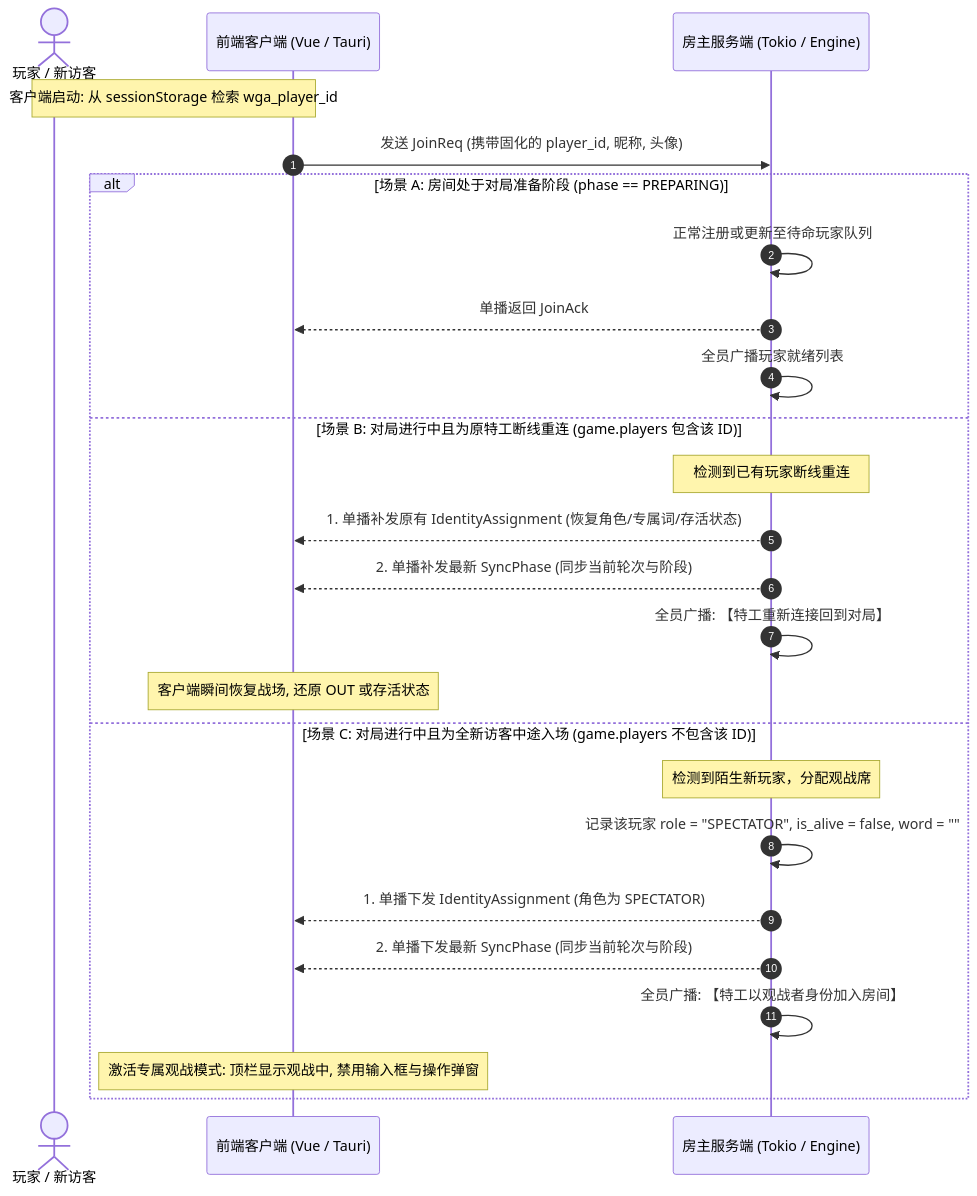
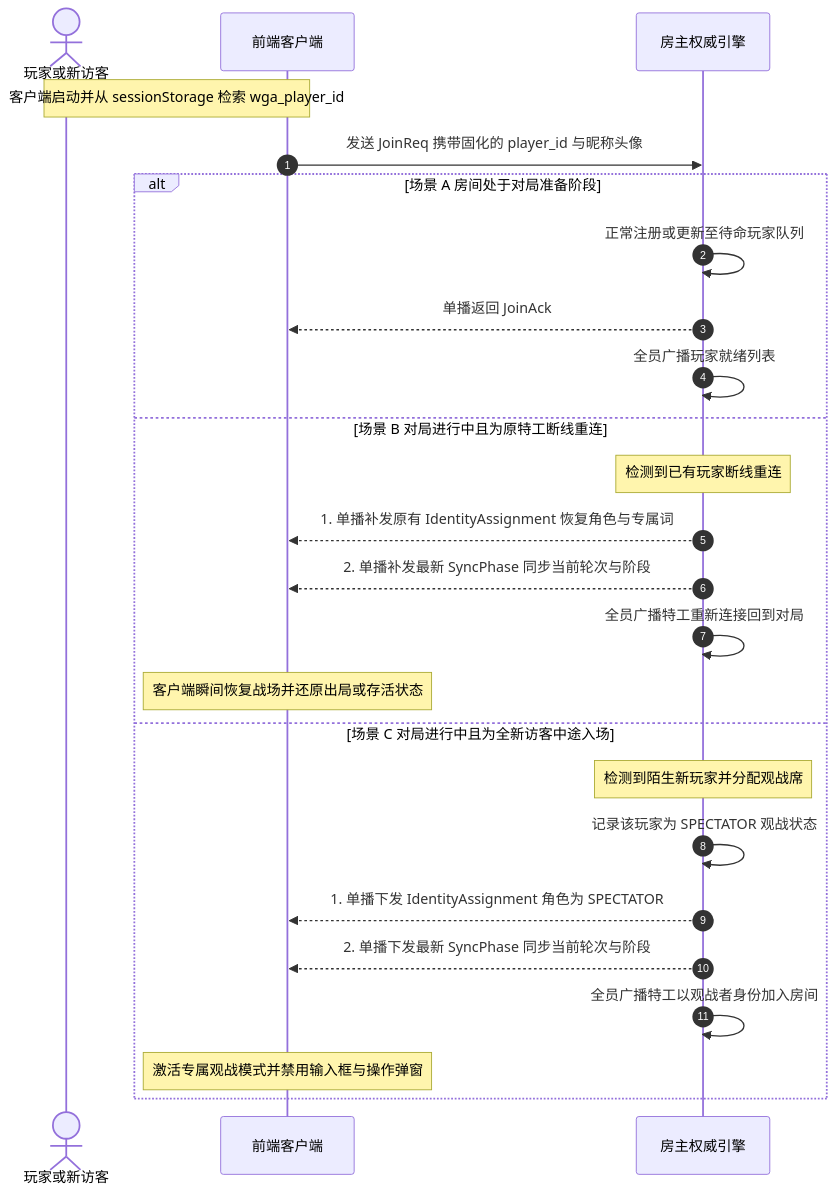
One commit to TfiyuenLau/Word-Guess-Assistant changed the second of 4 diagrams in README.md. Above: the diagram before and after it, drawn with Mermaid. The commit also changed other lines of this file and 4 other files, not shown here.

Commit message:
fix(ci,docs): fix protoc & android SDK setup in GitHub Actions and clean up README mermaid diagrams

````diff
--- a/README.md
+++ b/README.md
@@ -259,29 +259,29 @@
 ```mermaid
 sequenceDiagram
     autonumber
-    actor Player as 玩家 / 新访客
-    participant Web as 前端客户端 (Vue / Tauri)
-    participant Host as 房主服务端 (Tokio / Engine)
+    actor Player as 玩家或新访客
+    participant Web as 前端客户端
+    participant Host as 房主权威引擎
 
-    Note over Player, Web: 客户端启动: 从 sessionStorage 检索 wga_player_id
-    Web->>Host: 发送 JoinReq (携带固化的 player_id, 昵称, 头像)
-  
-    alt 场景 A: 房间处于对局准备阶段 (phase == PREPARING)
+    Note over Player, Web: 客户端启动并从 sessionStorage 检索 wga_player_id
+    Web->>Host: 发送 JoinReq 携带固化的 player_id 与昵称头像
+
+    alt 场景 A 房间处于对局准备阶段
         Host->>Host: 正常注册或更新至待命玩家队列
         Host-->>Web: 单播返回 JoinAck
         Host->>Host: 全员广播玩家就绪列表
-    else 场景 B: 对局进行中且为原特工断线重连 (game.players 包含该 ID)
+    else 场景 B 对局进行中且为原特工断线重连
         Note over Host: 检测到已有玩家断线重连
-        Host-->>Web: 1. 单播补发原有 IdentityAssignment (恢复角色/专属词/存活状态)
-        Host-->>Web: 2. 单播补发最新 SyncPhase (同步当前轮次与阶段)
-        Host->>Host: 全员广播: 【特工重新连接回到对局】
-        Note over Web: 客户端瞬间恢复战场, 还原 OUT 或存活状态
-    else 场景 C: 对局进行中且为全新访客中途入场 (game.players 不包含该 ID)
-        Note over Host: 检测到陌生新玩家，分配观战席
-        Host->>Host: 记录该玩家 role = "SPECTATOR", is_alive = false, word = ""
-        Host-->>Web: 1. 单播下发 IdentityAssignment (角色为 SPECTATOR)
-        Host-->>Web: 2. 单播下发最新 SyncPhase (同步当前轮次与阶段)
-        Host->>Host: 全员广播: 【特工以观战者身份加入房间】
-        Note over Web: 激活专属观战模式: 顶栏显示观战中, 禁用输入框与操作弹窗
+        Host-->>Web: 1. 单播补发原有 IdentityAssignment 恢复角色与专属词
+        Host-->>Web: 2. 单播补发最新 SyncPhase 同步当前轮次与阶段
+        Host->>Host: 全员广播特工重新连接回到对局
+        Note over Web: 客户端瞬间恢复战场并还原出局或存活状态
+    else 场景 C 对局进行中且为全新访客中途入场
+        Note over Host: 检测到陌生新玩家并分配观战席
+        Host->>Host: 记录该玩家为 SPECTATOR 观战状态
+        Host-->>Web: 1. 单播下发 IdentityAssignment 角色为 SPECTATOR
+        Host-->>Web: 2. 单播下发最新 SyncPhase 同步当前轮次与阶段
+        Host->>Host: 全员广播特工以观战者身份加入房间
+        Note over Web: 激活专属观战模式并禁用输入框与操作弹窗
     end
 ```
````
